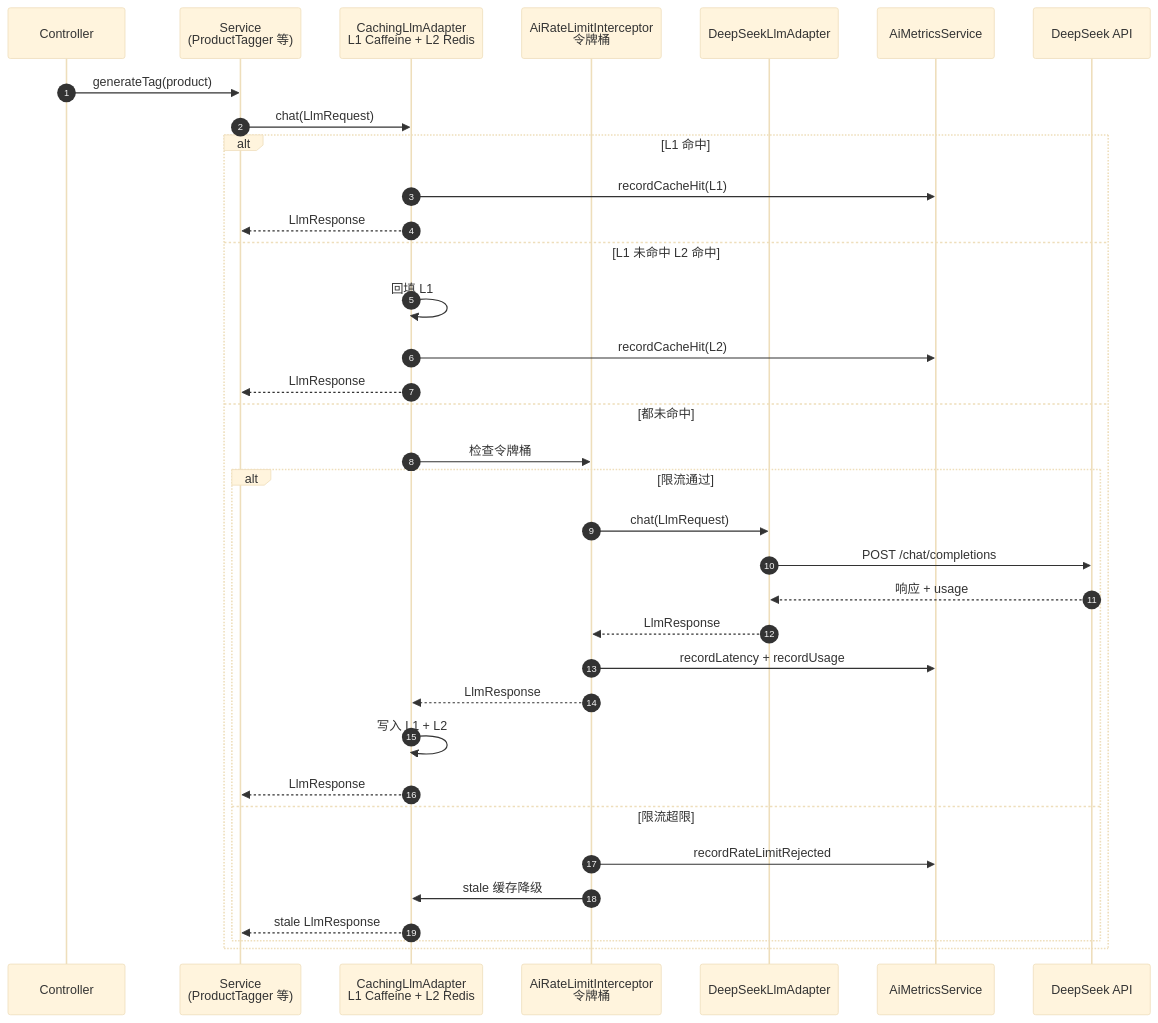
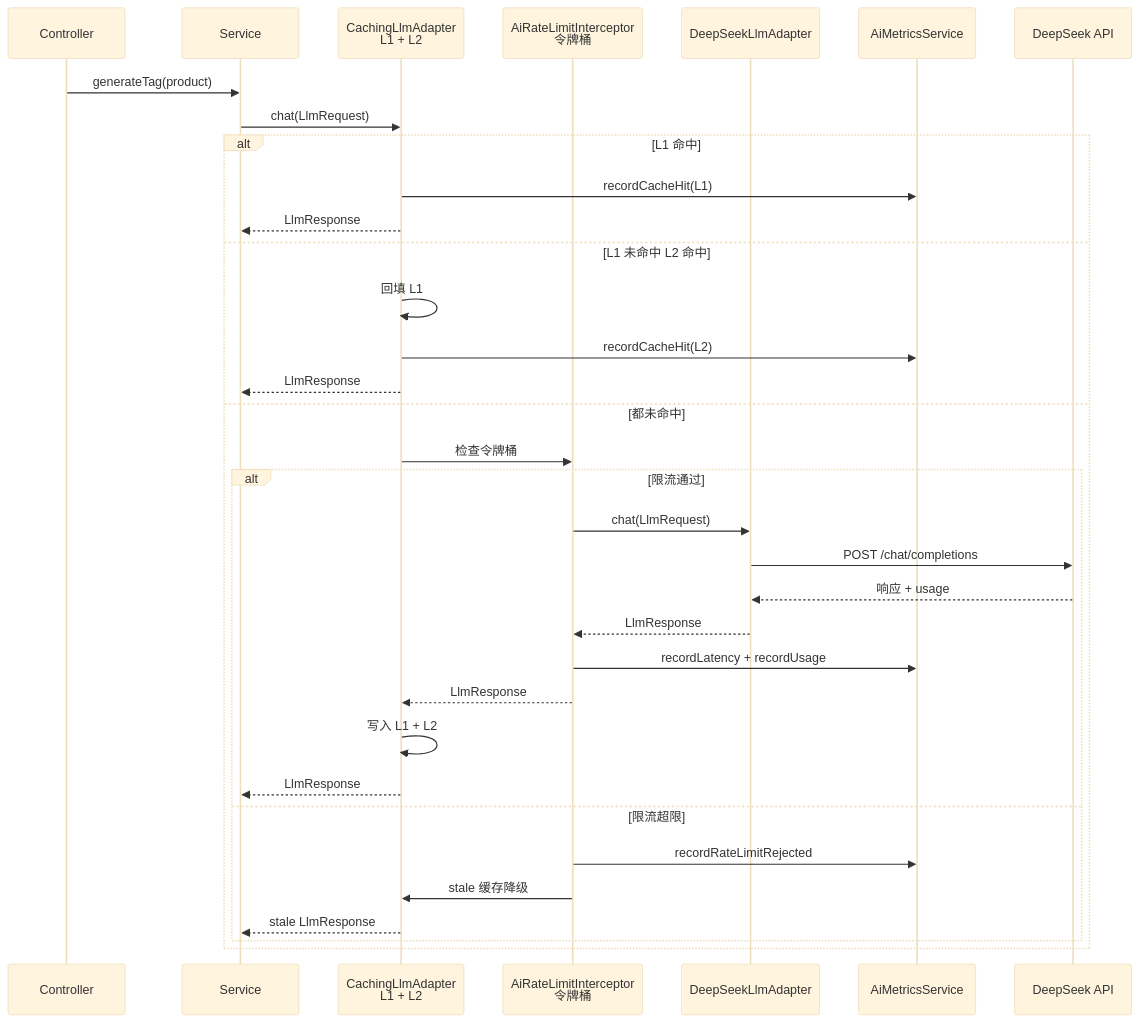
One commit to 471292781/EasyOrange changed the second of 3 diagrams in README.md. Above: the diagram before and after it, drawn with Mermaid (base theme). The commit also changed other lines of this file and 4 other files, not shown here.

````diff
--- a/README.md
+++ b/README.md
@@ -84,39 +82,36 @@
 ```mermaid
 sequenceDiagram
-    autonumber
     participant C as Controller
-    participant S as Service<br/>(ProductTagger 等)
-    participant AI as CachingLlmAdapter<br/>L1 Caffeine + L2 Redis
+    participant S as Service
+    participant AI as CachingLlmAdapter<br/>L1 + L2
     participant L as AiRateLimitInterceptor<br/>令牌桶
     participant D as DeepSeekLlmAdapter
     participant M as AiMetricsService
     participant LLM as DeepSeek API
-
     C->>S: generateTag(product)
     S->>AI: chat(LlmRequest)
-
     alt L1 命中
         AI->>M: recordCacheHit(L1)
         AI-->>S: LlmResponse
     else L1 未命中 L2 命中
         AI->>AI: 回填 L1
         AI->>M: recordCacheHit(L2)
         AI-->>S: LlmResponse
     else 都未命中
         AI->>L: 检查令牌桶
         alt 限流通过
             L->>D: chat(LlmRequest)
             D->>LLM: POST /chat/completions
             LLM-->>D: 响应 + usage
             D-->>L: LlmResponse
             L->>M: recordLatency + recordUsage
             L-->>AI: LlmResponse
             AI->>AI: 写入 L1 + L2
             AI-->>S: LlmResponse
         else 限流超限
             L->>M: recordRateLimitRejected
             L->>AI: stale 缓存降级
             AI-->>S: stale LlmResponse
         end
     end
 ```
````
